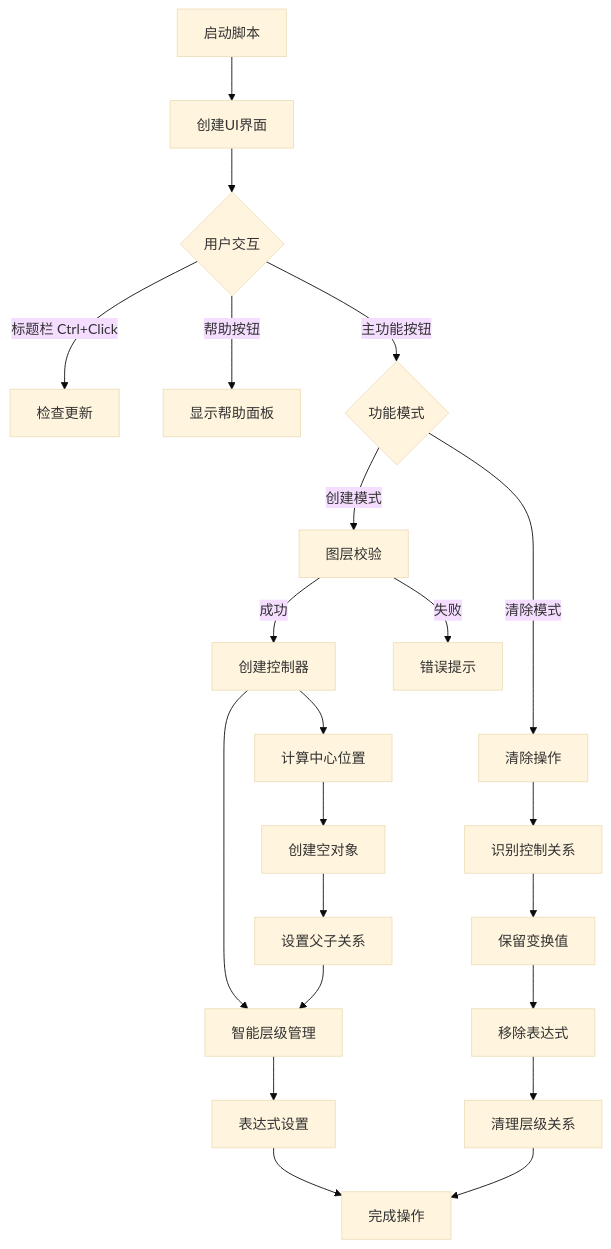
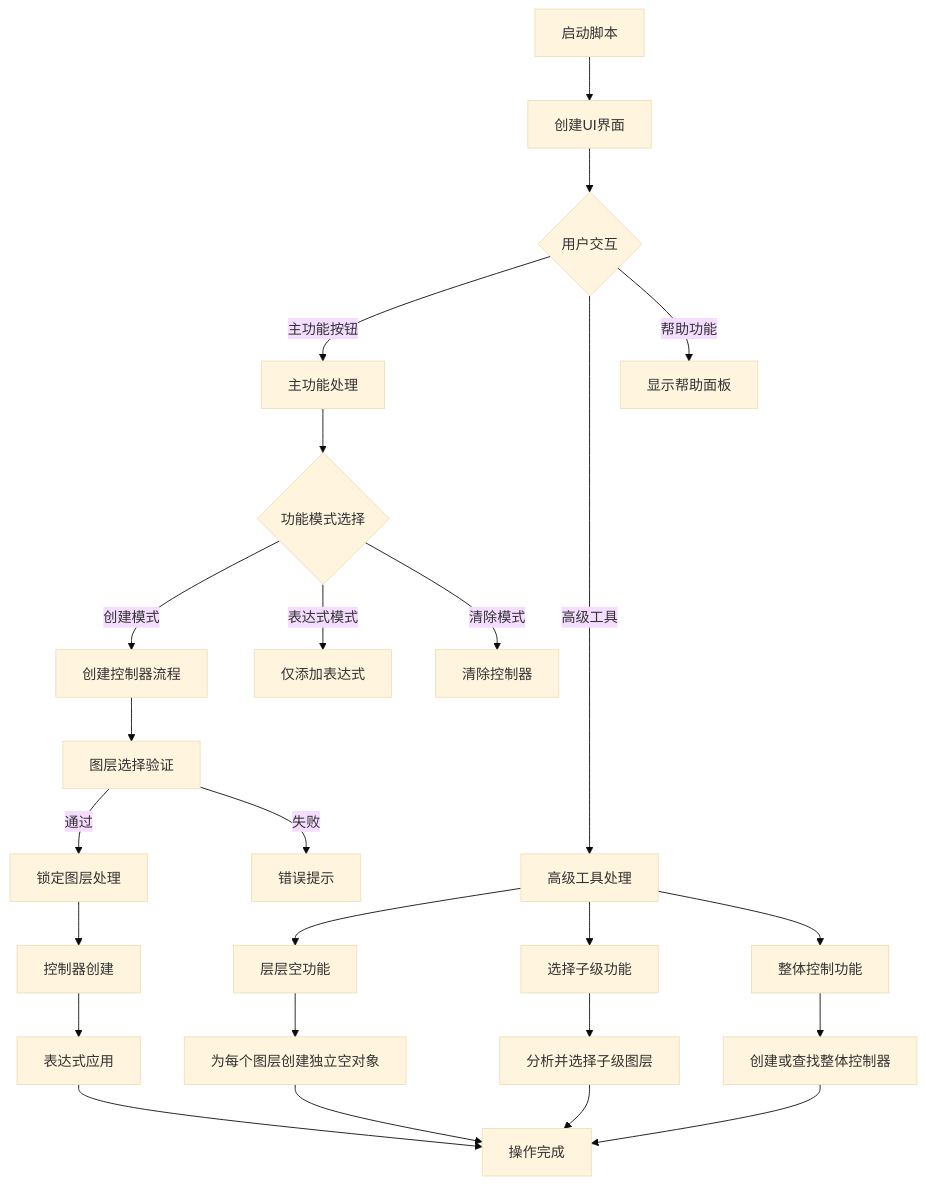
One commit to yancongya/Advanced-Null-Controller changed the diagram in readme.md. Above: the diagram before and after it, drawn with Mermaid (base theme). The commit also changed other lines of this file and 5 other files, not shown here.

````diff
--- a/readme.md
+++ b/readme.md
@@ -259,27 +409,38 @@
 ```mermaid
 graph TD
     A[启动脚本] --> B[创建UI界面]
     B --> C{用户交互}
-    C -->|标题栏 Ctrl+Click| D[检查更新]
-    C -->|帮助按钮| E[显示帮助面板]
-    C -->|主功能按钮| F{功能模式}
-    F -->|创建模式| G[图层校验]
-    G -->|成功| H[创建控制器]
-    G -->|失败| I[错误提示]
-    F -->|清除模式| J[清除操作]
-    H --> K[智能层级管理]
-    K --> L[表达式设置]
-    L --> M[完成操作]
-    
-    %% 扩展工作流程
-    H --> H1[计算中心位置]
-    H1 --> H2[创建空对象]
-    H2 --> H3[设置父子关系]
-    H3 --> K
-    
-    J --> J1[识别控制关系]
-    J1 --> J2[保留变换值]
-    J2 --> J3[移除表达式]
-    J3 --> J4[清理层级关系]
-    J4 --> M
+
+    %% 三大功能分支
+    C -->|主功能按钮| D[主功能处理]
+    C -->|高级工具| E[高级工具处理]
+    C -->|帮助功能| F[显示帮助面板]
+
+    %% 主功能分支
+    D --> G{功能模式选择}
+    G -->|创建模式| H[创建控制器流程]
+    G -->|表达式模式| I[仅添加表达式]
+    G -->|清除模式| J[清除控制器]
+
+    %% 高级工具分支
+    E --> K[层层空功能]
+    E --> L[选择子级功能]
+    E --> M[整体控制功能]
+
+    %% 创建控制器详细流程
+    H --> N[图层选择验证]
+    N -->|通过| O[锁定图层处理]
+    N -->|失败| P[错误提示]
+    O --> Q[控制器创建]
+    Q --> R[表达式应用]
+    R --> S[操作完成]
+
+    %% 高级功能流程
+    K --> T[为每个图层创建独立空对象]
+    L --> U[分析并选择子级图层]
+    M --> V[创建或查找整体控制器]
+
+    T --> S
+    U --> S
+    V --> S
 ```
````
